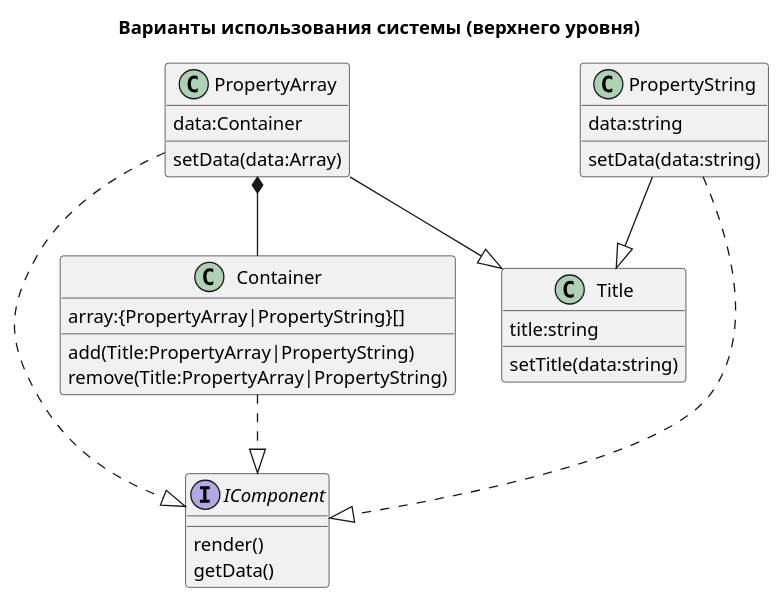
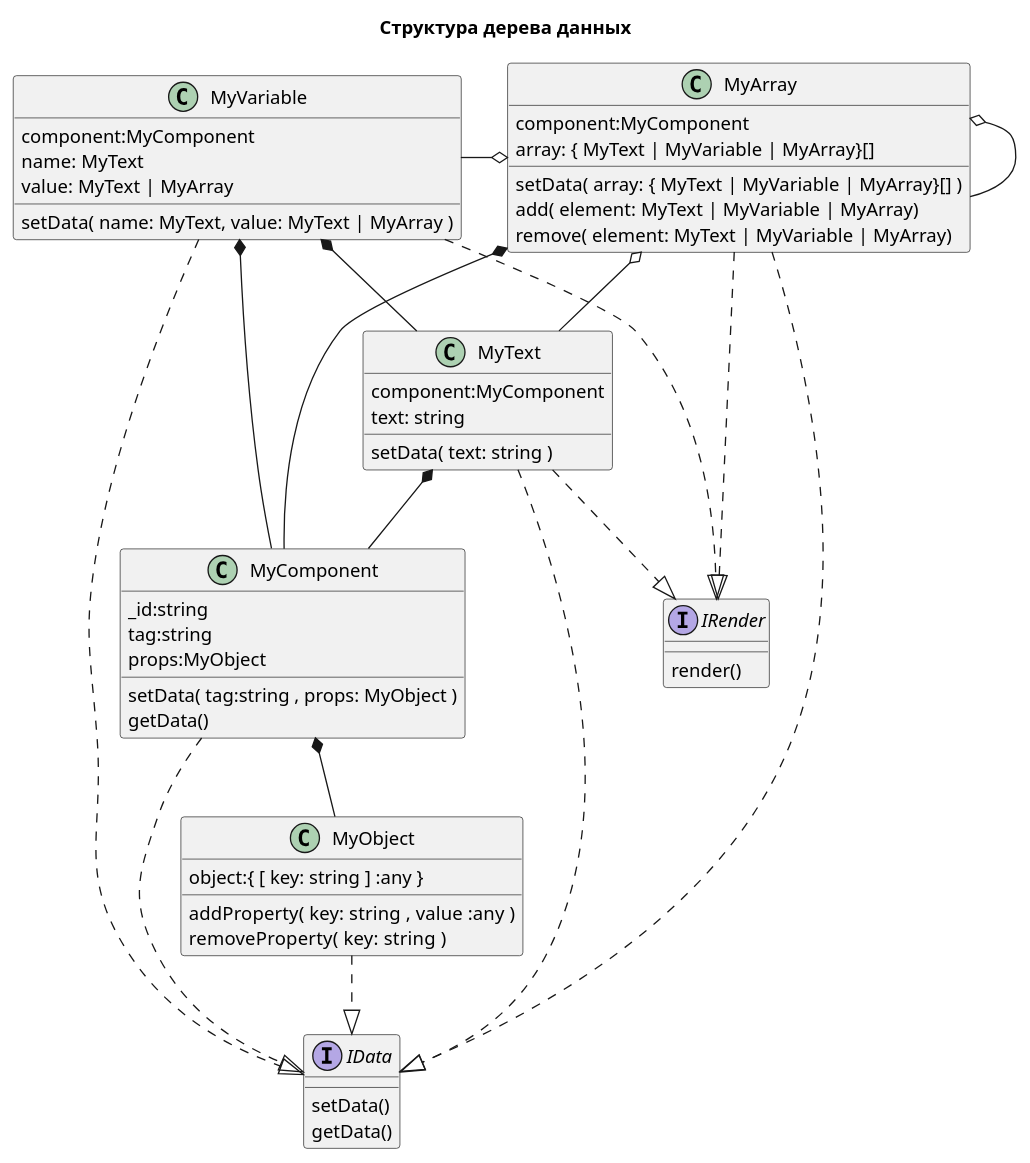
One commit to NikolayDemchenko/ReactTest changed the diagram in client/src/Types/Structure/NewStructure/structure.puml. Above: the diagram before and after it, drawn with PlantUML. The commit also changed 9 other files, not shown here.

```diff
--- a/client/src/Types/Structure/NewStructure/structure.puml
+++ b/client/src/Types/Structure/NewStructure/structure.puml
@@ -1,39 +1,72 @@
 @startuml
-title Варианты использования системы (верхнего уровня)
+title Структура дерева данных
 
 
-interface "IComponent" as IComponent{
-    render()
+interface "IData" as IData{    
+    setData() 
     getData()
 }
-class "Title" as Title{
-    title:string
-    setTitle(data:string)
+interface "IRender" as IRender{ 
+    render()  
 }
 
-class "PropertyArray" as PropertyArray{
-    data:Container
-    setData(data:Array)
+' Компонент
+class "MyComponent" as MyComponent{
+    _id:string
+    tag:string
+    props:MyObject  
+    setData( tag:string , props: MyObject )
+    getData()
+    
 }
-PropertyArray --|> Title
-PropertyArray *-- Container
-PropertyArray ..|> IComponent
-class "PropertyString" as PropertyString{
-    data:string
-    setData(data:string)
-}
-PropertyString --|> Title
-PropertyString ..|> IComponent
-
-class "Container" as Container{
-    array:{PropertyArray|PropertyString}[]
-    add(Title:PropertyArray|PropertyString)
-    remove(Title:PropertyArray|PropertyString)
-}
-Container ..|> IComponent
+MyComponent *-- MyObject
+MyComponent ..|> IData
 
 
+' Объект
+class "MyObject" as MyObject{
 
+    object:{ [ key: string ] :any }
+    addProperty(  key: string , value :any )
+    removeProperty(  key: string )    
+}
+MyObject ..|> IData
 
+' Текст
+class "MyText" as MyText{
+    component:MyComponent
+    text: string
+    setData( text: string )
+}
+MyText ..|> IData
+MyText ..|> IRender
+MyText *-- MyComponent
+
+' Переменная
+class "MyVariable" as MyVariable{
+    component:MyComponent
+    name: MyText
+    value: MyText | MyArray
+    setData( name: MyText, value: MyText | MyArray )
+}
+MyVariable *-- MyText
+MyVariable ..|> IData
+MyVariable ..|> IRender
+MyVariable *-- MyComponent
+
+' Массив
+class "MyArray" as MyArray{
+    component:MyComponent
+array: { MyText | MyVariable | MyArray}[]
+setData( array: { MyText | MyVariable | MyArray}[] )
+add( element: MyText | MyVariable | MyArray)
+remove( element: MyText | MyVariable | MyArray)
+}
+MyArray ..|> IData
+MyArray ..|> IRender
+MyArray o-- MyArray
+MyArray o-l- MyVariable
+MyArray o-- MyText
+MyArray *-- MyComponent
 
 @enduml
```
